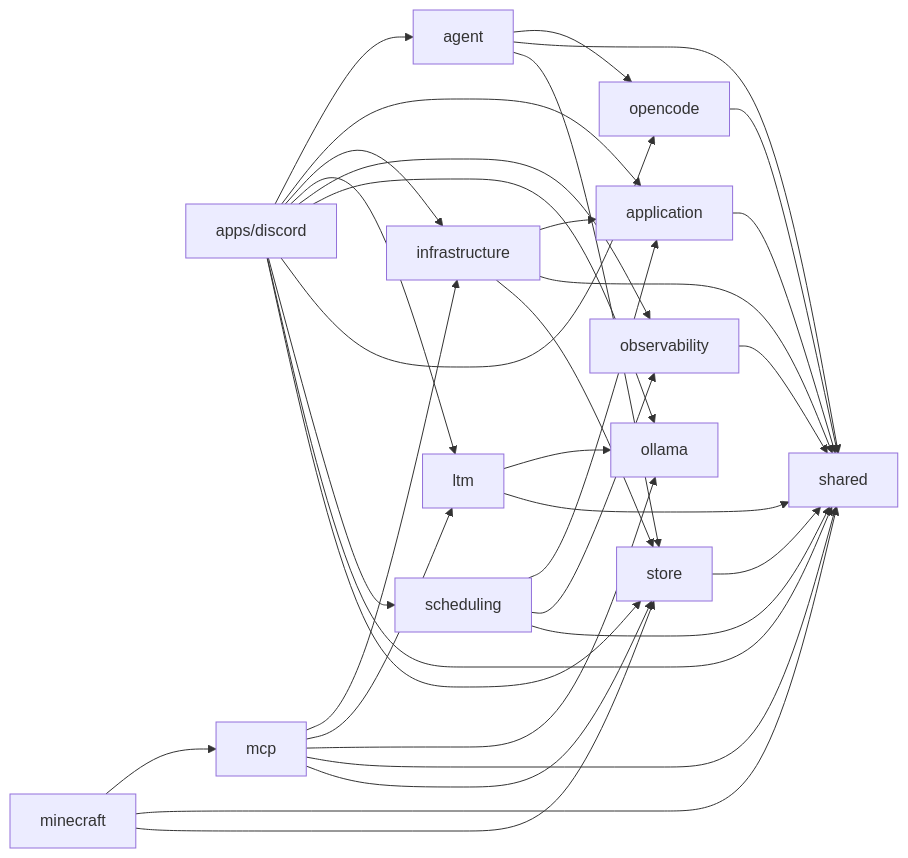
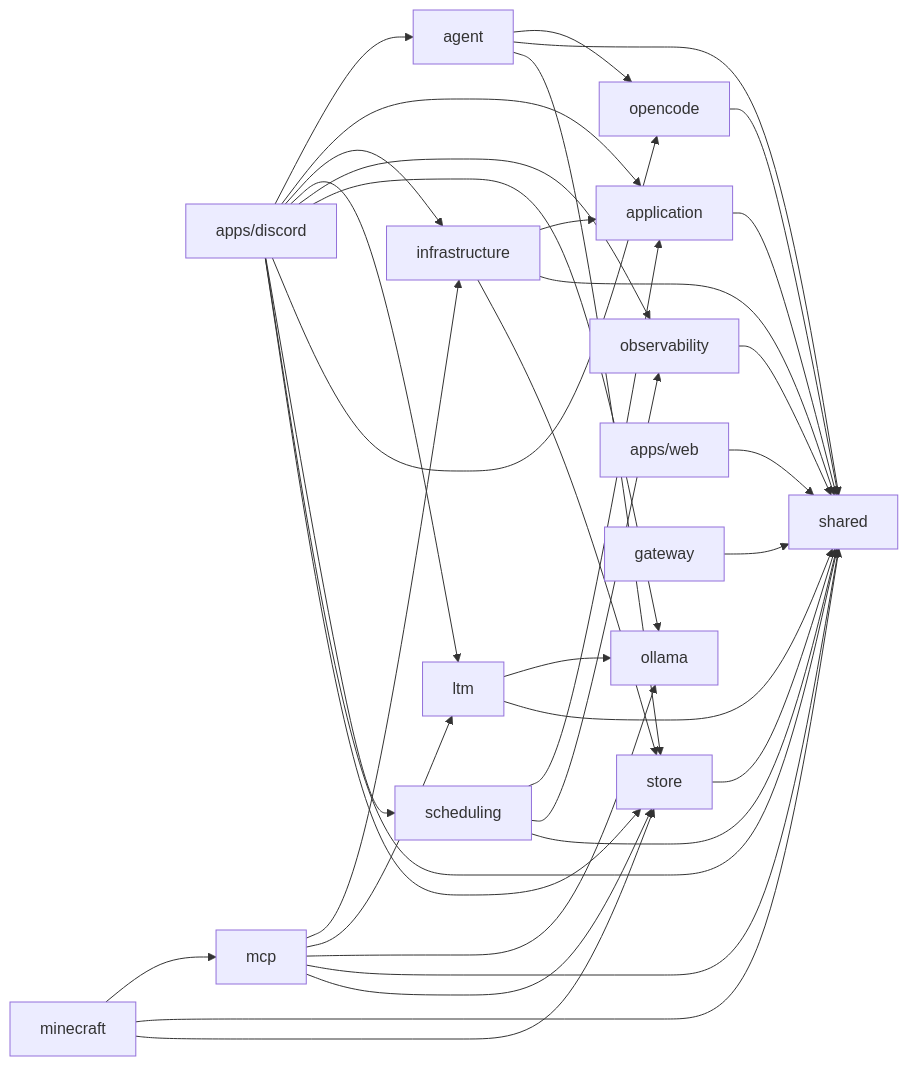
The diagram in docs/DEPS.md (OJII3/vicissitude), drawn with Mermaid before and after one commit. The commit also changed other lines of this file and 13 other files, not shown here.

First line of the commit message:
feat: gateway WebSocket サーバーと Web チャット UI のプロトタイプ

````diff
--- a/docs/DEPS.md
+++ b/docs/DEPS.md
@@ -7,38 +7,40 @@
 ```mermaid
 graph LR
   agent --> opencode
   agent --> shared
   agent --> store
   application --> shared
   apps_discord["apps/discord"] --> agent
   apps_discord["apps/discord"] --> application
   apps_discord["apps/discord"] --> infrastructure
   apps_discord["apps/discord"] --> ltm
   apps_discord["apps/discord"] --> observability
   apps_discord["apps/discord"] --> ollama
   apps_discord["apps/discord"] --> opencode
   apps_discord["apps/discord"] --> scheduling
   apps_discord["apps/discord"] --> shared
   apps_discord["apps/discord"] --> store
+  apps_web["apps/web"] --> shared
+  gateway --> shared
   infrastructure --> application
   infrastructure --> shared
   infrastructure --> store
   ltm --> ollama
   ltm --> shared
   mcp --> infrastructure
   mcp --> ltm
   mcp --> ollama
   mcp --> shared
   mcp --> store
   minecraft --> mcp
   minecraft --> shared
   minecraft --> store
   observability --> shared
   ollama
   opencode --> shared
   scheduling --> application
   scheduling --> observability
   scheduling --> shared
   shared
   store --> shared
 ```
````
